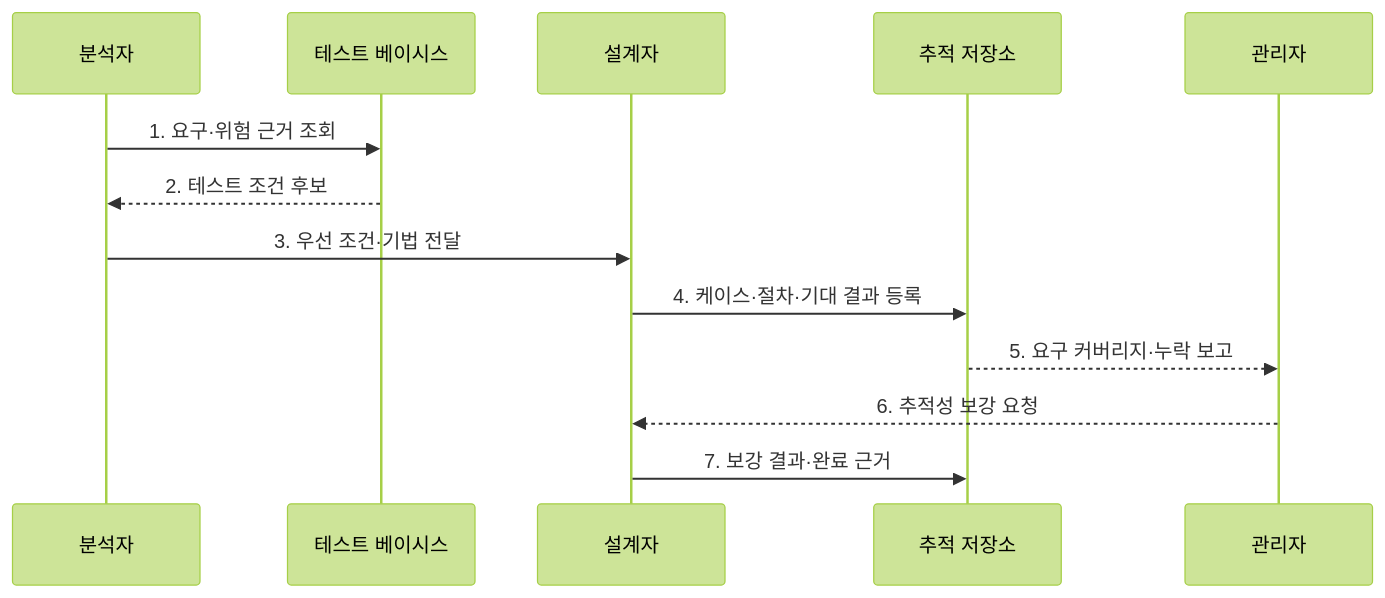
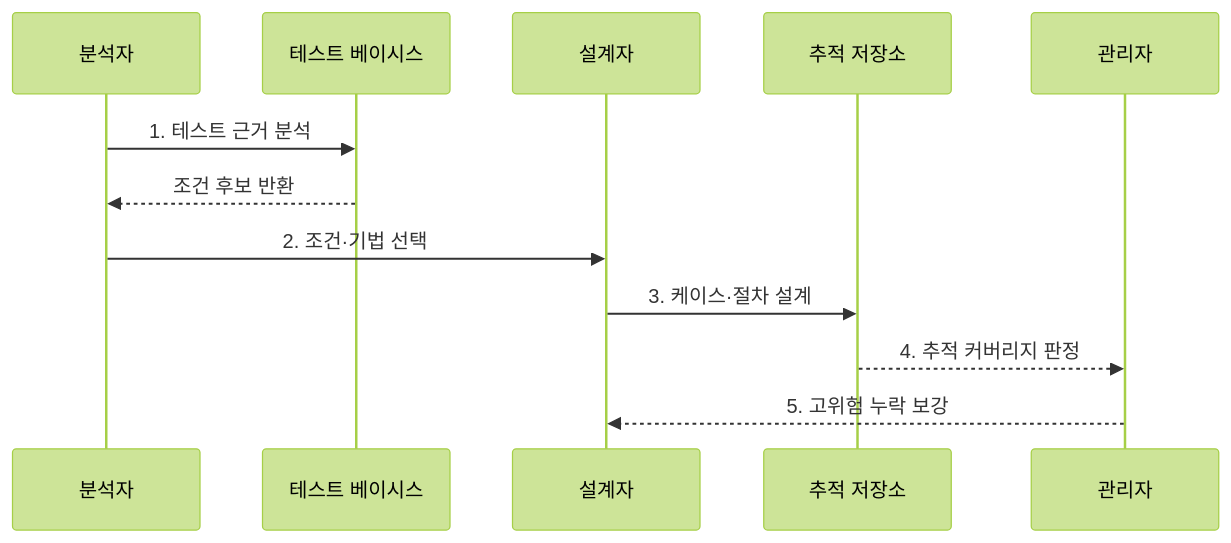
The second of 2 diagrams in src/content/docs/notes/03-software/079_iso_29119_test_design.md (agnusdei1207/knowledge-base), drawn with Mermaid (forest theme) before and after one commit. The commit also changed other lines of this file and 238 other files, not shown here.

````diff
--- a/src/content/docs/notes/03-software/079_iso_29119_test_design.md
+++ b/src/content/docs/notes/03-software/079_iso_29119_test_design.md
@@ -86,15 +86,14 @@
 ```mermaid
 sequenceDiagram
     participant A as 분석자
     participant B as 테스트 베이시스
     participant D as 설계자
     participant T as 추적 저장소
     participant M as 관리자
-    A->>B: 1. 요구·위험 근거 조회
-    B-->>A: 2. 테스트 조건 후보
-    A->>D: 3. 우선 조건·기법 전달
-    D->>T: 4. 케이스·절차·기대 결과 등록
-    T-->>M: 5. 요구 커버리지·누락 보고
-    M-->>D: 6. 추적성 보강 요청
-    D->>T: 7. 보강 결과·완료 근거
+    A->>B: 1. 테스트 근거 분석
+    B-->>A: 조건 후보 반환
+    A->>D: 2. 조건·기법 선택
+    D->>T: 3. 케이스·절차 설계
+    T-->>M: 4. 추적 커버리지 판정
+    M-->>D: 5. 고위험 누락 보강
 ```
````
